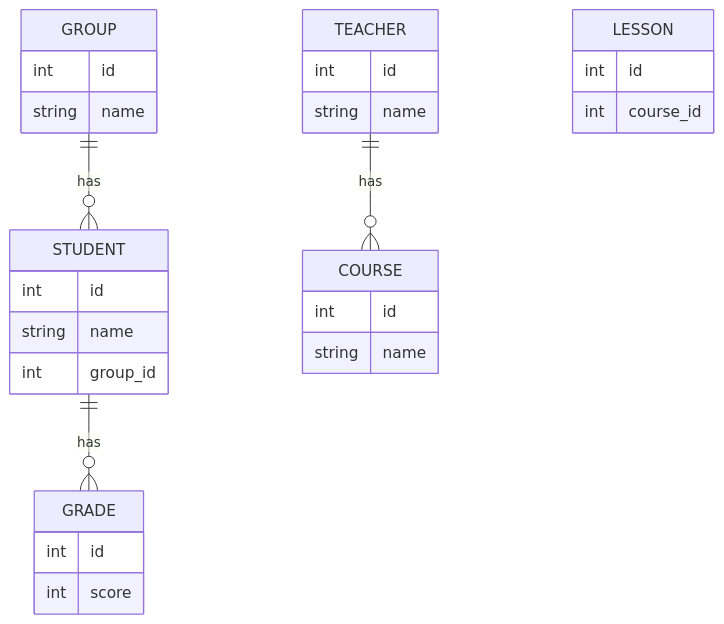
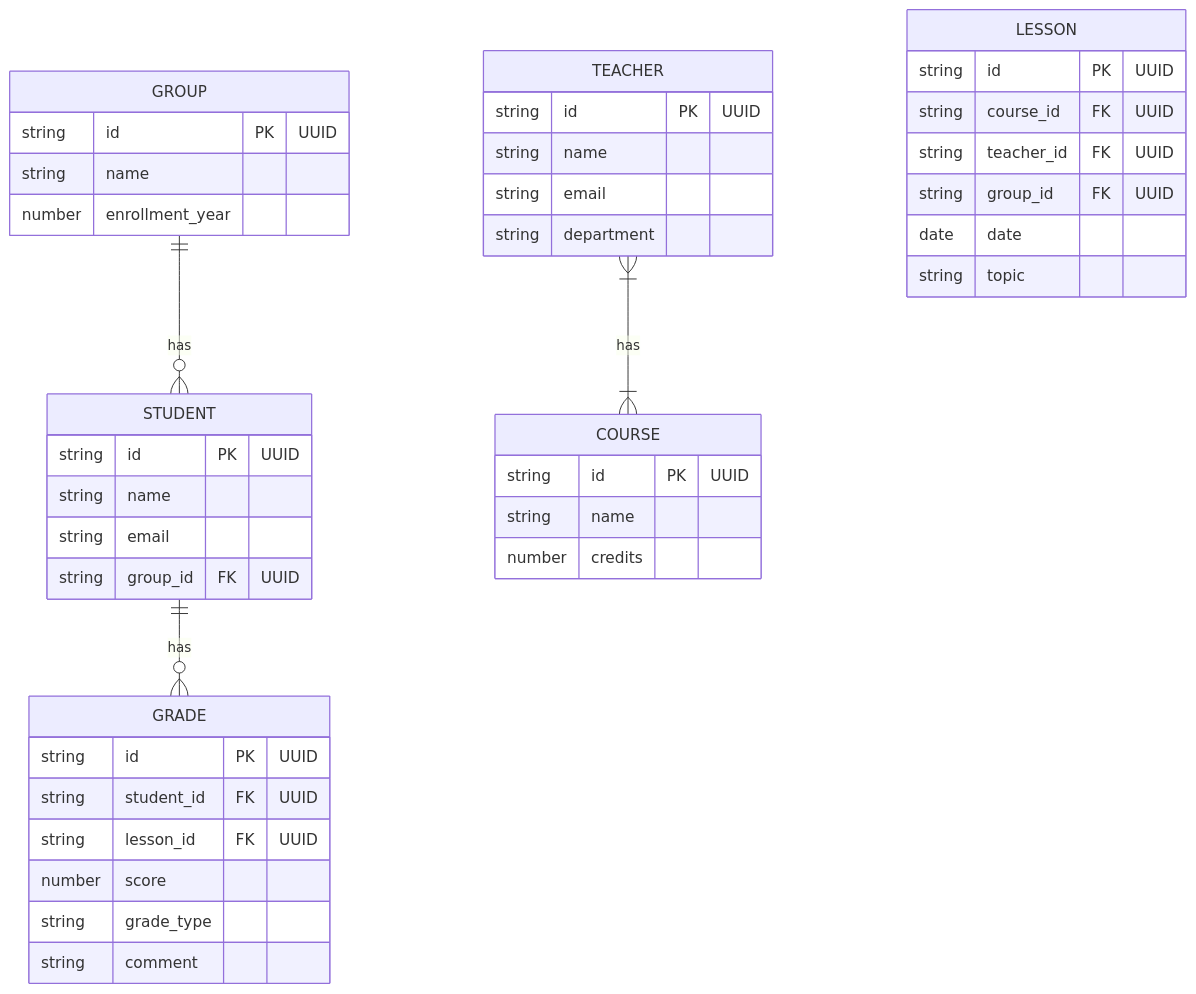
Before and after one commit to Mayki603/gradebook: the diagram in er-diagram.mmd, drawn with Mermaid. The commit also changed 2 other files, not shown here.

```diff
--- a/er-diagram.mmd
+++ b/er-diagram.mmd
@@ -1,30 +1,43 @@
 erDiagram
     GROUP {
-        int id
+        string id PK "UUID"
         string name
+        number enrollment_year
     }
     STUDENT {
-        int id
+        string id PK "UUID"
         string name
-        int group_id
+        string email
+        string group_id FK "UUID"
     }
     TEACHER {
-        int id
+        string id PK "UUID"
         string name
+        string email
+        string department
     }
     COURSE {
-        int id
+        string id PK "UUID"
         string name
+        number credits
     }
     LESSON {
-        int id
-        int course_id
+        string id PK "UUID"
+        string course_id FK "UUID"
+        string teacher_id FK "UUID"
+        string group_id FK "UUID"
+        date date
+        string topic
     }
     GRADE {
-        int id
-        int score
+        string id PK "UUID"
+        string student_id FK "UUID"
+        string lesson_id FK "UUID"
+        number score
+        string grade_type
+        string comment
     }
 
     GROUP ||--o{ STUDENT : has
-    TEACHER ||--o{ COURSE : has
+    TEACHER }|--|{ COURSE : has
     STUDENT ||--o{ GRADE : has
```
